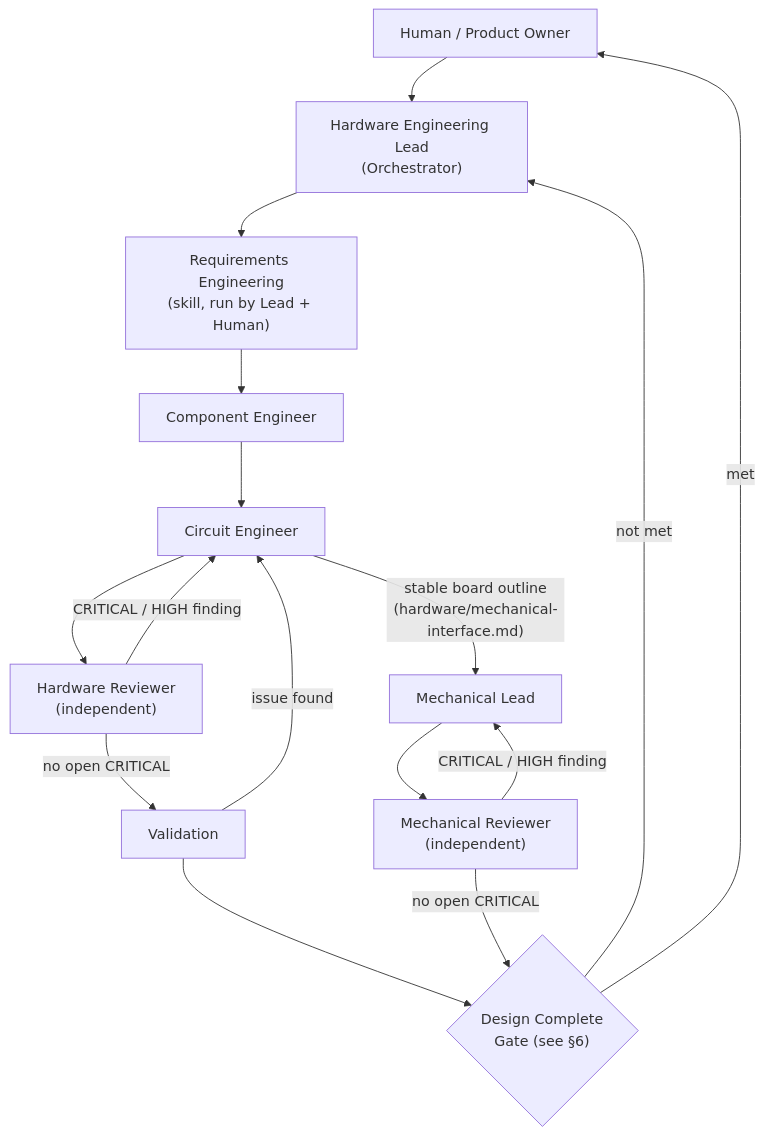
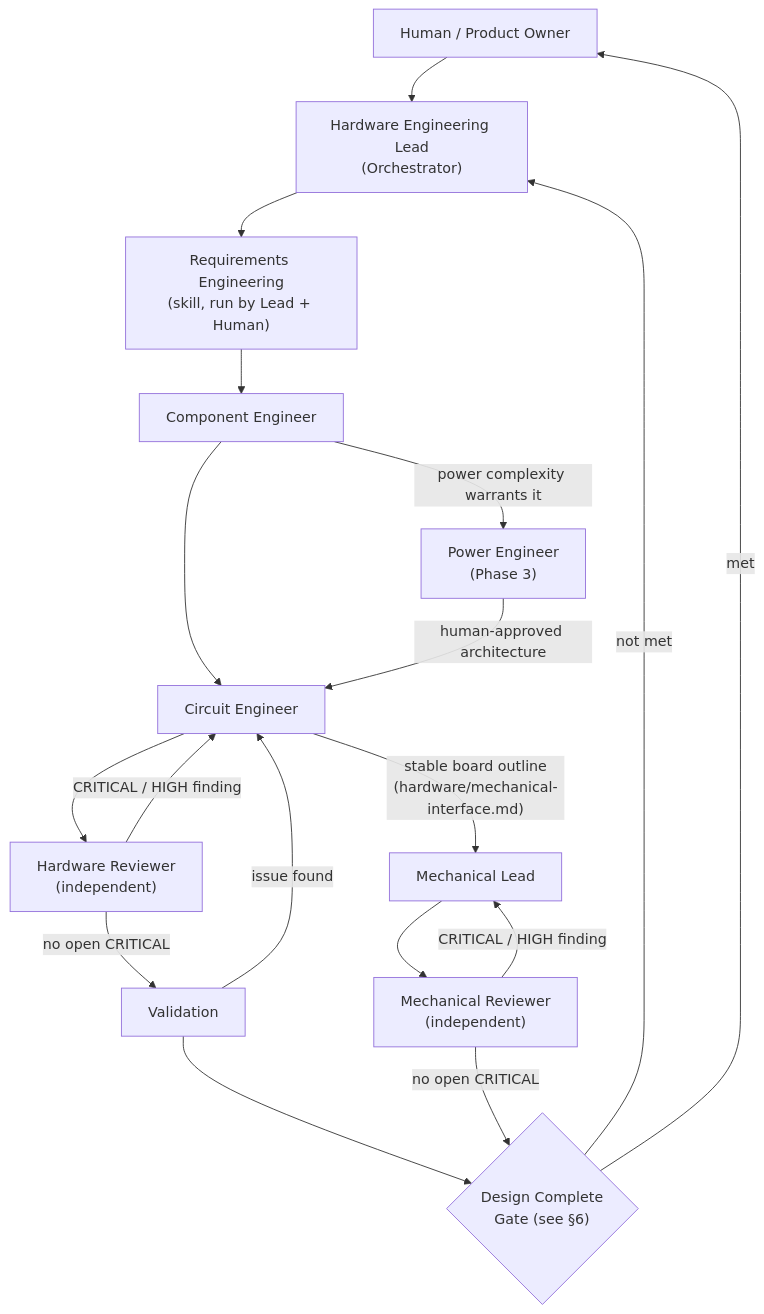
One commit to ktanino10/ai-hardware-engineering-team changed the diagram in docs/architecture.md. Above: the diagram before and after it, drawn with Mermaid. The commit also changed other lines of this file and 10 other files, not shown here.

````diff
--- a/docs/architecture.md
+++ b/docs/architecture.md
@@ -27,18 +27,20 @@
 ```mermaid
 flowchart TD
     H["Human / Product Owner"] --> L["Hardware Engineering Lead\n(Orchestrator)"]
     L --> RE["Requirements Engineering\n(skill, run by Lead + Human)"]
     RE --> CE["Component Engineer"]
     CE --> CIR["Circuit Engineer"]
+    CE -- "power complexity warrants it" --> PE["Power Engineer\n(Phase 3)"]
+    PE -- "human-approved architecture" --> CIR
     CIR --> REV["Hardware Reviewer\n(independent)"]
     REV -- "CRITICAL / HIGH finding" --> CIR
     REV -- "no open CRITICAL" --> VAL["Validation"]
     VAL -- "issue found" --> CIR
     VAL --> GATE{"Design Complete\nGate (see §6)"}
     CIR -- "stable board outline\n(hardware/mechanical-interface.md)" --> ML["Mechanical Lead"]
     ML --> MREV["Mechanical Reviewer\n(independent)"]
     MREV -- "CRITICAL / HIGH finding" --> ML
     MREV -- "no open CRITICAL" --> GATE
     GATE -- "not met" --> L
     GATE -- "met" --> H
 ```
````
